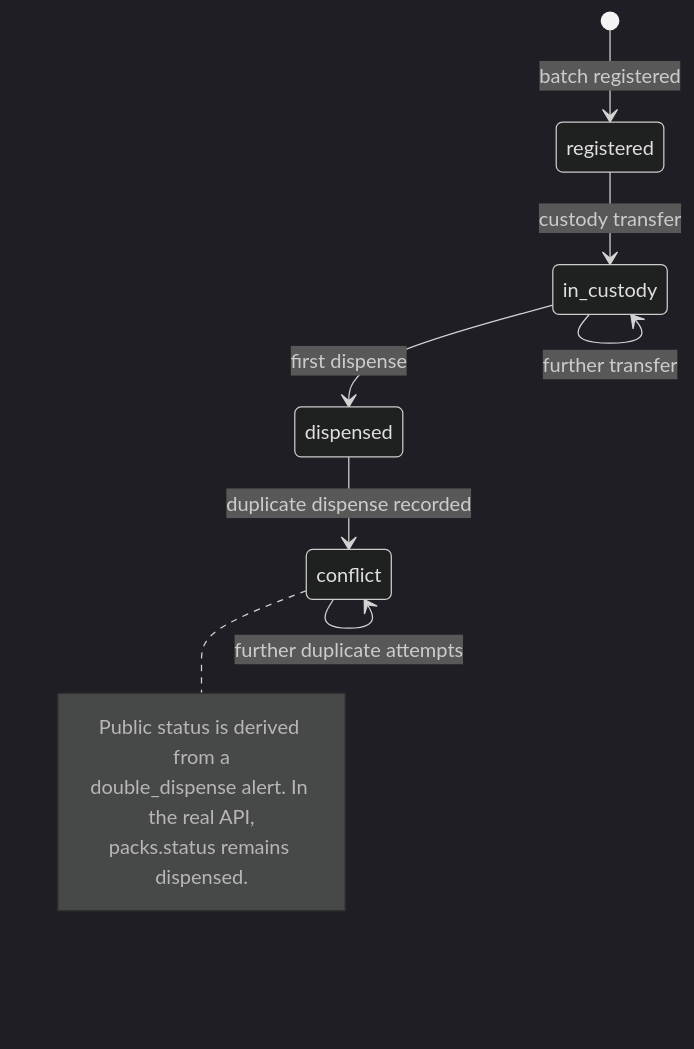
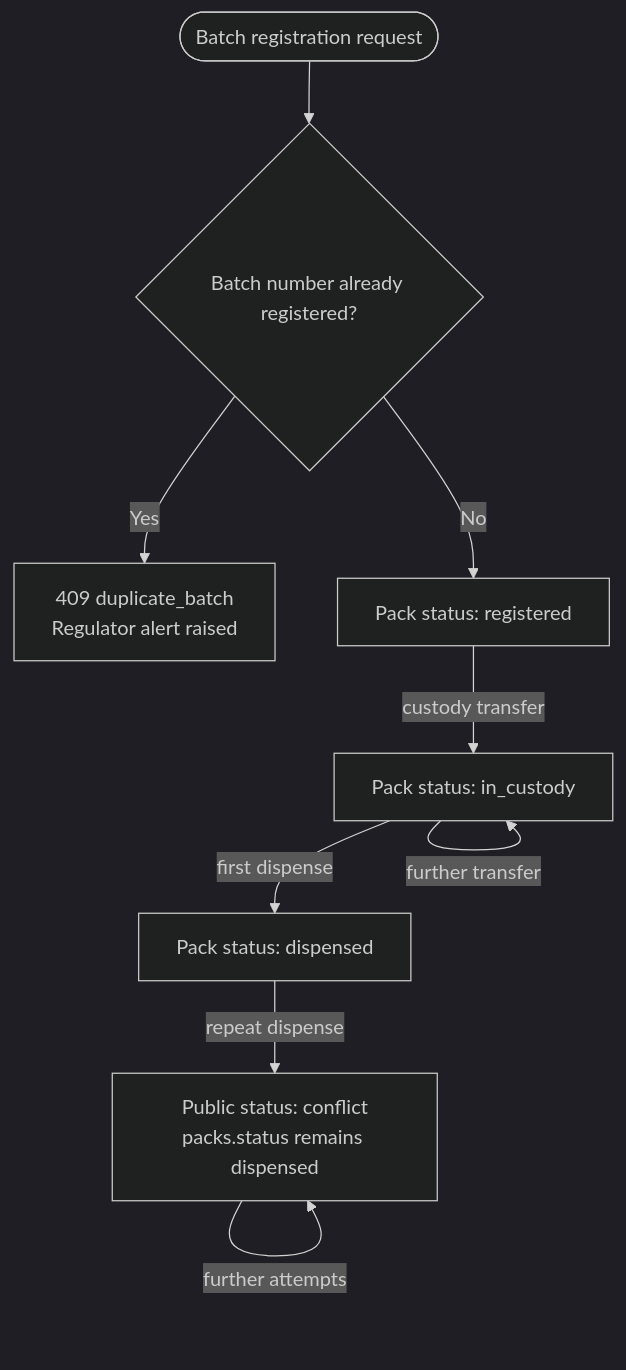
The eighth of 8 diagrams in README.md (ZENTRIHACK/medicine-verify), drawn with Mermaid (dark theme) before and after one commit. The commit also changed other lines of this file, not shown here.

Commit message:
docs: refine diagrams and document duplicate batch handling

````diff
--- a/README.md
+++ b/README.md
@@ -660,15 +623,11 @@
 ```mermaid
-stateDiagram-v2
-    [*] --> registered: batch registered
-    registered --> in_custody: custody transfer
-    in_custody --> in_custody: further transfer
-    in_custody --> dispensed: first dispense
-    dispensed --> conflict: duplicate dispense recorded
-    conflict --> conflict: further duplicate attempts
-
-    note right of conflict
-      Public status is derived from a
-      double_dispense alert. In the real API,
-      packs.status remains dispensed.
-    end note
+flowchart TD
+  NEW(["Batch registration request"]) --> CHECK{"Batch number already registered?"}
+  CHECK -->|"Yes"| BLOCK["409 duplicate_batch<br/>Regulator alert raised"]
+  CHECK -->|"No"| REG["Pack status: registered"]
+  REG -->|"custody transfer"| CUST["Pack status: in_custody"]
+  CUST -->|"further transfer"| CUST
+  CUST -->|"first dispense"| DISP["Pack status: dispensed"]
+  DISP -->|"repeat dispense"| CONFLICT["Public status: conflict<br/>packs.status remains dispensed"]
+  CONFLICT -->|"further attempts"| CONFLICT
 ```
````
